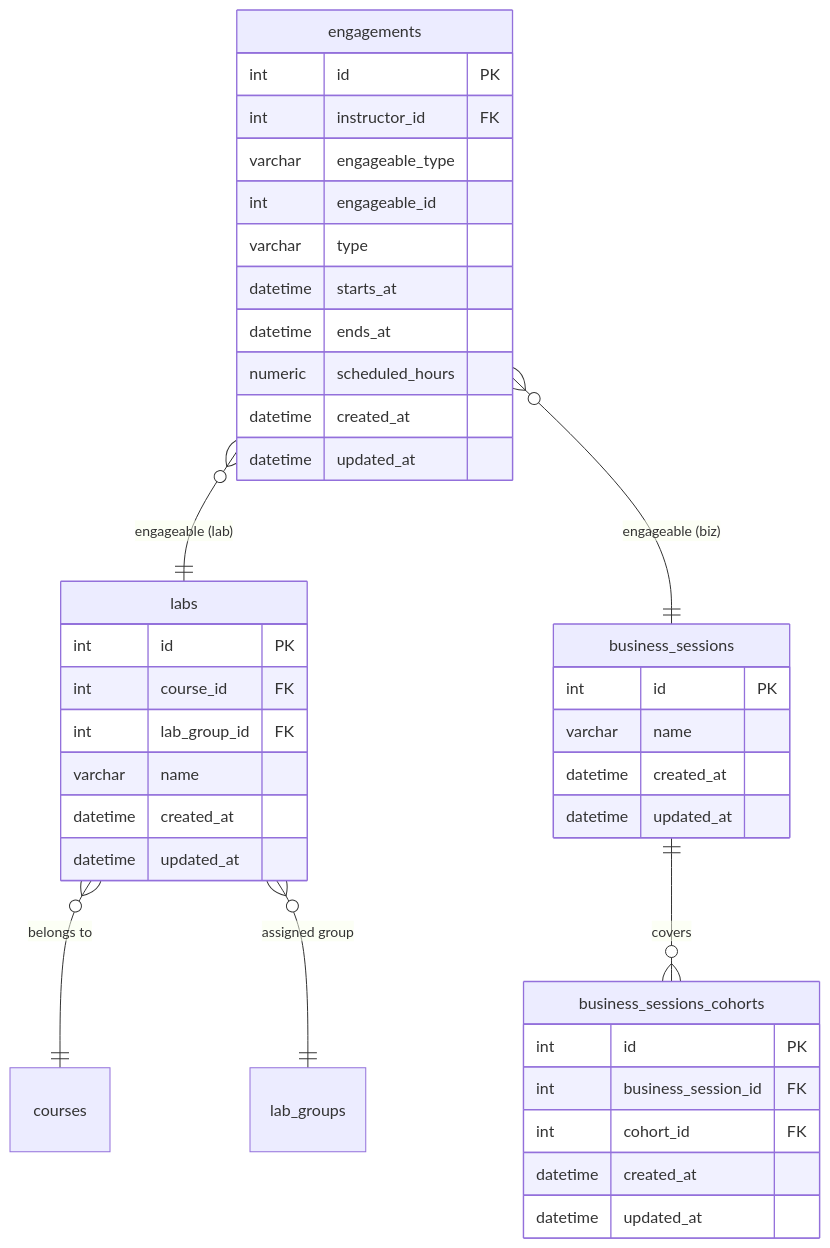
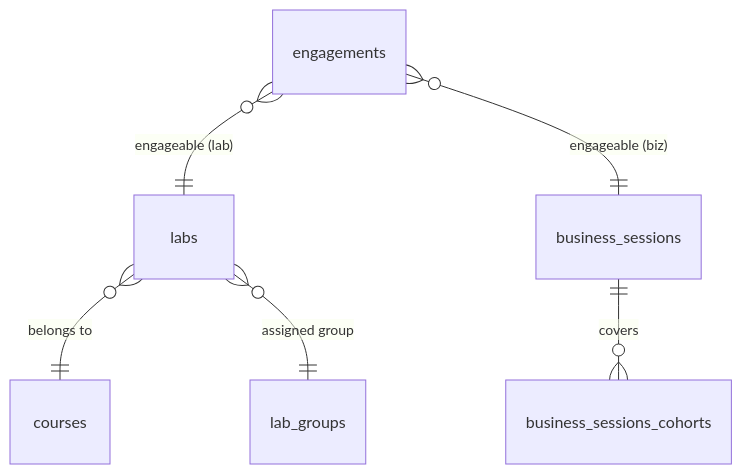
One commit to AndrewEmad14/attendance-and-grading-platform-backend changed the third of 5 diagrams in README.md. Above: the diagram before and after it, drawn with Mermaid. The commit also changed other lines of this file and 3 other files, not shown here.

````diff
--- a/README.md
+++ b/README.md
@@ -682,45 +155,12 @@
 ```mermaid
 erDiagram
-    engagements {
-        int id PK
-        int instructor_id FK
-        varchar engageable_type
-        int engageable_id
-        varchar type
-        datetime starts_at
-        datetime ends_at
-        numeric scheduled_hours
-        datetime created_at
-        datetime updated_at
-    }
-
-    labs {
-        int id PK
-        int course_id FK
-        int lab_group_id FK
-        varchar name
-        datetime created_at
-        datetime updated_at
-    }
-
-    business_sessions {
-        int id PK
-        varchar name
-        datetime created_at
-        datetime updated_at
-    }
-
-    business_sessions_cohorts {
-        int id PK
-        int business_session_id FK
-        int cohort_id FK
-        datetime created_at
-        datetime updated_at
-    }
-
+    engagements {}
+    labs {}
+    business_sessions {}
+    business_sessions_cohorts {}
     engagements             }o--|| labs                    : "engageable (lab)"
     engagements             }o--|| business_sessions       : "engageable (biz)"
     labs                    }o--|| courses                 : "belongs to"
     labs                    }o--|| lab_groups              : "assigned group"
     business_sessions       ||--o{ business_sessions_cohorts : "covers"
 ```
````
